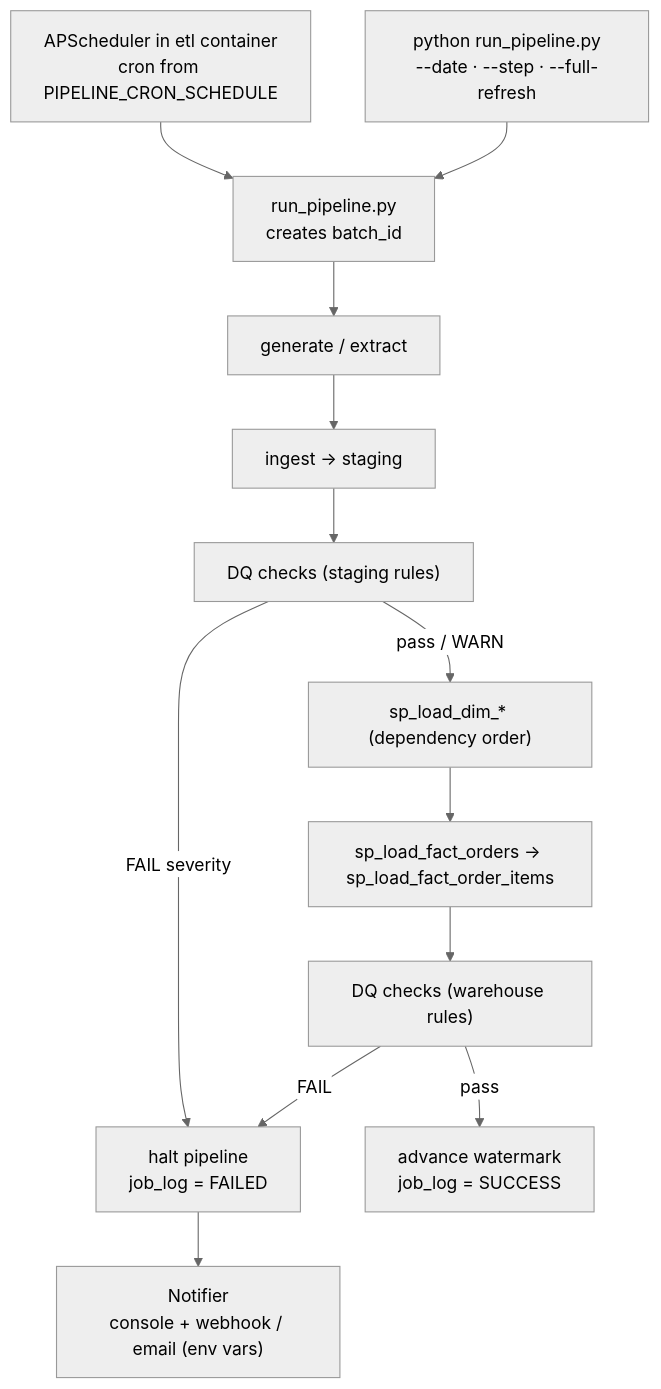
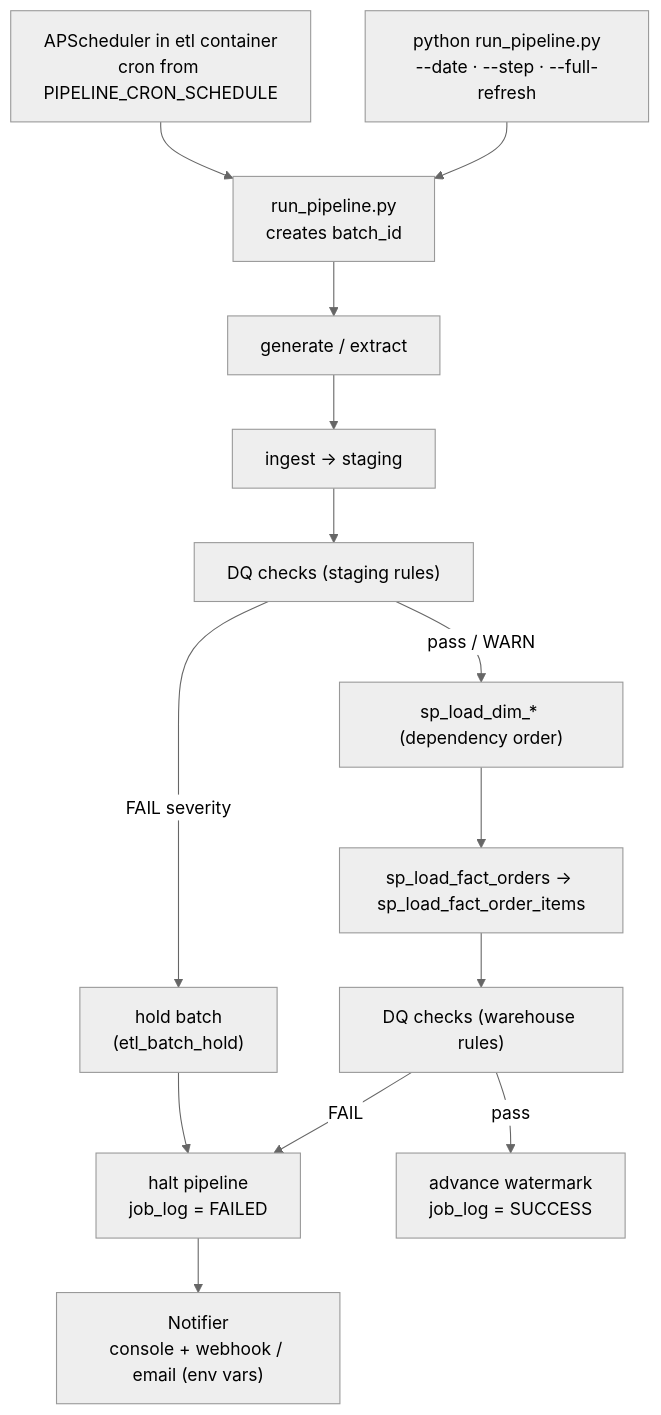
The second of 4 diagrams in docs/ARCHITECTURE.md (amity6118/Food-Pipeline), drawn with Mermaid (neutral theme) before and after one commit. The commit also changed other lines of this file and 9 other files, not shown here.

````diff
--- a/docs/ARCHITECTURE.md
+++ b/docs/ARCHITECTURE.md
@@ -71,15 +71,15 @@
 ```mermaid
 flowchart TD
     SCHED["APScheduler in etl container<br/>cron from PIPELINE_CRON_SCHEDULE"] --> RUN
     CLI["python run_pipeline.py<br/>--date · --step · --full-refresh"] --> RUN
     RUN["run_pipeline.py<br/>creates batch_id"] --> S1["generate / extract"]
     S1 --> S2["ingest → staging"]
     S2 --> S3["DQ checks (staging rules)"]
-    S3 -->|FAIL severity| STOP
+    S3 -->|FAIL severity| HOLD["hold batch<br/>(etl_batch_hold)"] --> STOP
     S3 -->|pass / WARN| S4["sp_load_dim_* (dependency order)"]
     S4 --> S5["sp_load_fact_orders → sp_load_fact_order_items"]
     S5 --> S6["DQ checks (warehouse rules)"]
     S6 -->|FAIL| STOP
     S6 -->|pass| OK["advance watermark<br/>job_log = SUCCESS"]
     STOP["halt pipeline<br/>job_log = FAILED"] --> NOTIFY["Notifier<br/>console + webhook / email (env vars)"]
 ```
````
